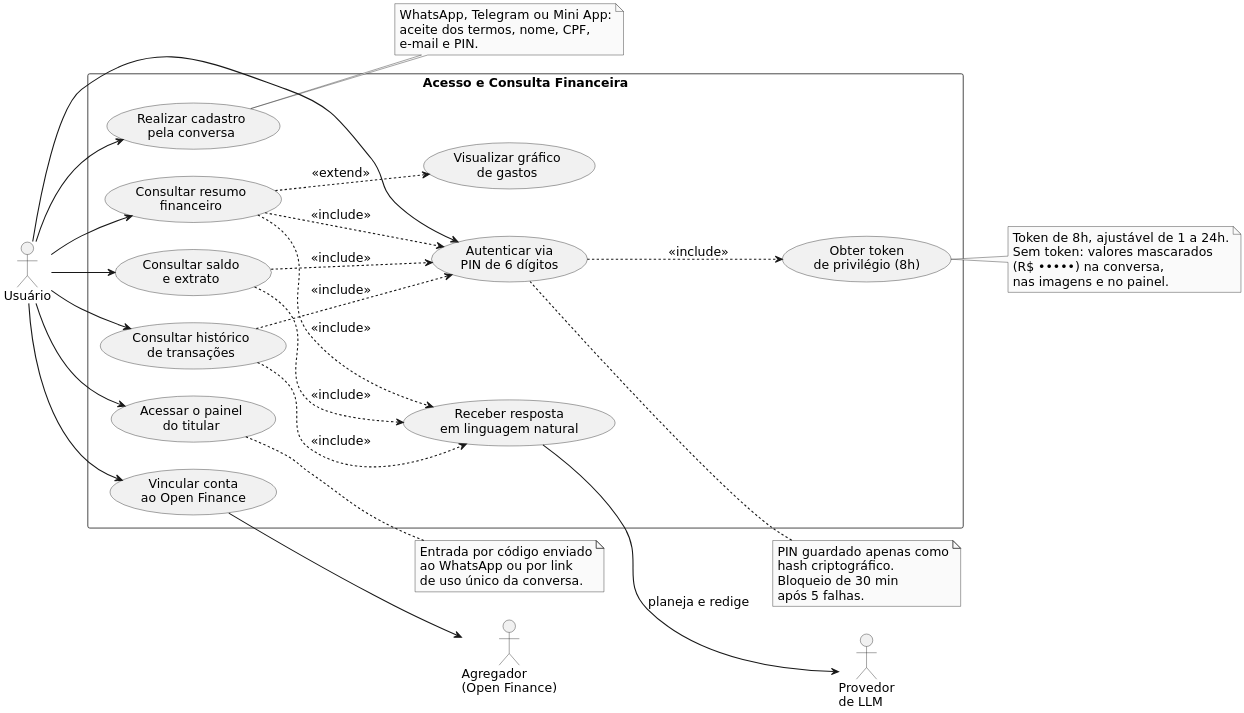
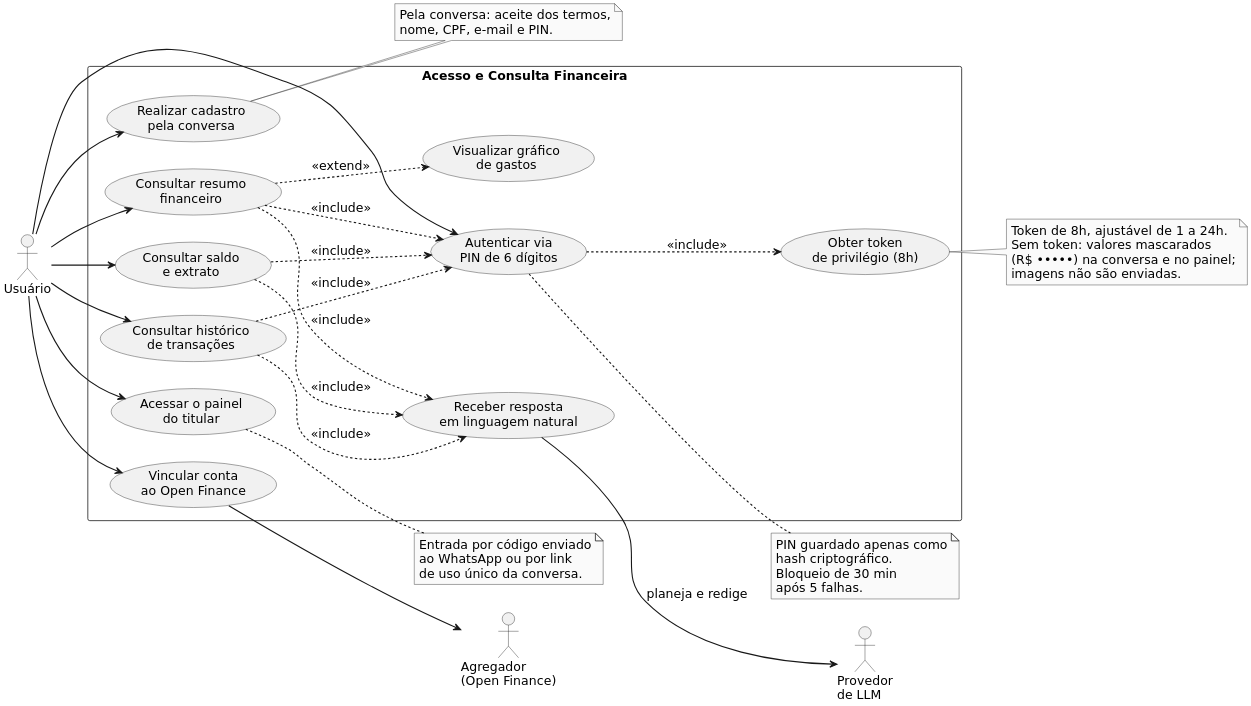
Before and after one commit to eigam-corp/thesis: the diagram in puml/uc01_acesso_financeiro.puml, drawn with PlantUML. The commit also changed 68 other files, not shown here.

```diff
--- a/puml/uc01_acesso_financeiro.puml
+++ b/puml/uc01_acesso_financeiro.puml
@@ -1,75 +1,74 @@
 @startuml UC01 - Acesso e Consulta Financeira
 left to right direction
 skinparam packageStyle rectangle
 skinparam monochrome true
 skinparam defaultFontName "DejaVu Sans"
 skinparam shadowing false
 skinparam dpi 220
 skinparam defaultFontSize 16
 skinparam ArrowThickness 1.4
 
 actor "Usuário" as U
 actor "Agregador\n(Open Finance)" as PL
 actor "Provedor\nde LLM" as AI
 
 rectangle "Acesso e Consulta Financeira" {
     usecase "Realizar cadastro\npela conversa" as UC01
     usecase "Vincular conta\nao Open Finance" as UC02
     usecase "Autenticar via\nPIN de 6 dígitos" as UC03
     usecase "Consultar saldo\ne extrato" as UC04
     usecase "Consultar histórico\nde transações" as UC05
     usecase "Consultar resumo\nfinanceiro" as UC06
     usecase "Receber resposta\nem linguagem natural" as UC07
     usecase "Visualizar gráfico\nde gastos" as UC08
     usecase "Obter token\nde privilégio (8h)" as UC09
     usecase "Acessar o painel\ndo titular" as UC28
 }
 
 U --> UC01
 U --> UC02
 U --> UC03
 U --> UC04
 U --> UC05
 U --> UC06
 U --> UC28
 
 UC04 ..> UC03 : <<include>>
 UC05 ..> UC03 : <<include>>
 UC06 ..> UC03 : <<include>>
 
 UC04 ..> UC07 : <<include>>
 UC05 ..> UC07 : <<include>>
 UC06 ..> UC07 : <<include>>
 UC06 ..> UC08 : <<extend>>
 
 UC03 ..> UC09 : <<include>>
 
 UC02 --> PL
 UC07 --> AI : planeja e redige
 
 note right of UC09
   Token de 8h, ajustável de 1 a 24h.
   Sem token: valores mascarados
-  (R$ •••••) na conversa,
-  nas imagens e no painel.
+  (R$ •••••) na conversa e no painel;
+  imagens não são enviadas.
 end note
 
 note right of UC03
   PIN guardado apenas como
   hash criptográfico.
   Bloqueio de 30 min
   após 5 falhas.
 end note
 
 note right of UC01
-  WhatsApp, Telegram ou Mini App:
-  aceite dos termos, nome, CPF,
-  e-mail e PIN.
+  Pela conversa: aceite dos termos,
+  nome, CPF, e-mail e PIN.
 end note
 
 note right of UC28
   Entrada por código enviado
   ao WhatsApp ou por link
   de uso único da conversa.
 end note
 @enduml
```
